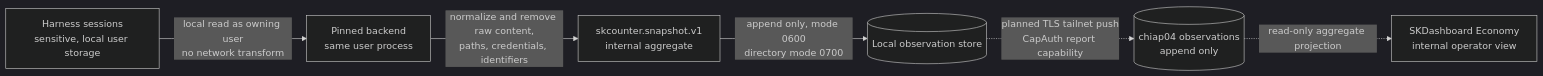
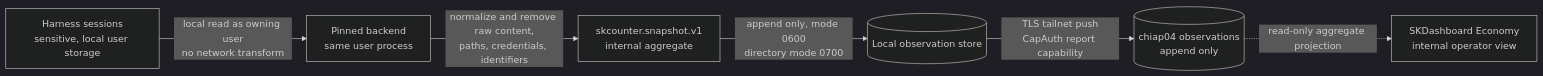
One commit to smilinTux/skcounter changed the third of 5 diagrams in SOP.md. Above: the diagram before and after it, drawn with Mermaid (dark theme). The commit also changed other lines of this file and 26 other files, not shown here.

````diff
--- a/SOP.md
+++ b/SOP.md
@@ -53,13 +54,13 @@
 ```mermaid
 flowchart LR
     Raw["Harness sessions<br/>sensitive, local user storage"]
       -->|"local read as owning user<br/>no network transform"| Scan["Pinned backend<br/>same user process"]
     Scan
       -->|"normalize and remove raw content,<br/>paths, credentials, identifiers"| Aggregate["skcounter.snapshot.v1<br/>internal aggregate"]
     Aggregate
       -->|"append only, mode 0600<br/>directory mode 0700"| Outbox[("Local observation store")]
     Outbox
-      -. "planned TLS tailnet push<br/>CapAuth report capability" .-> Central[("chiap04 observations<br/>append only")]
+      -->|"TLS tailnet push<br/>CapAuth report capability"| Central[("chiap04 observations<br/>append only")]
     Central
       -. "read-only aggregate projection" .-> UI["SKDashboard Economy<br/>internal operator view"]
 ```
````
